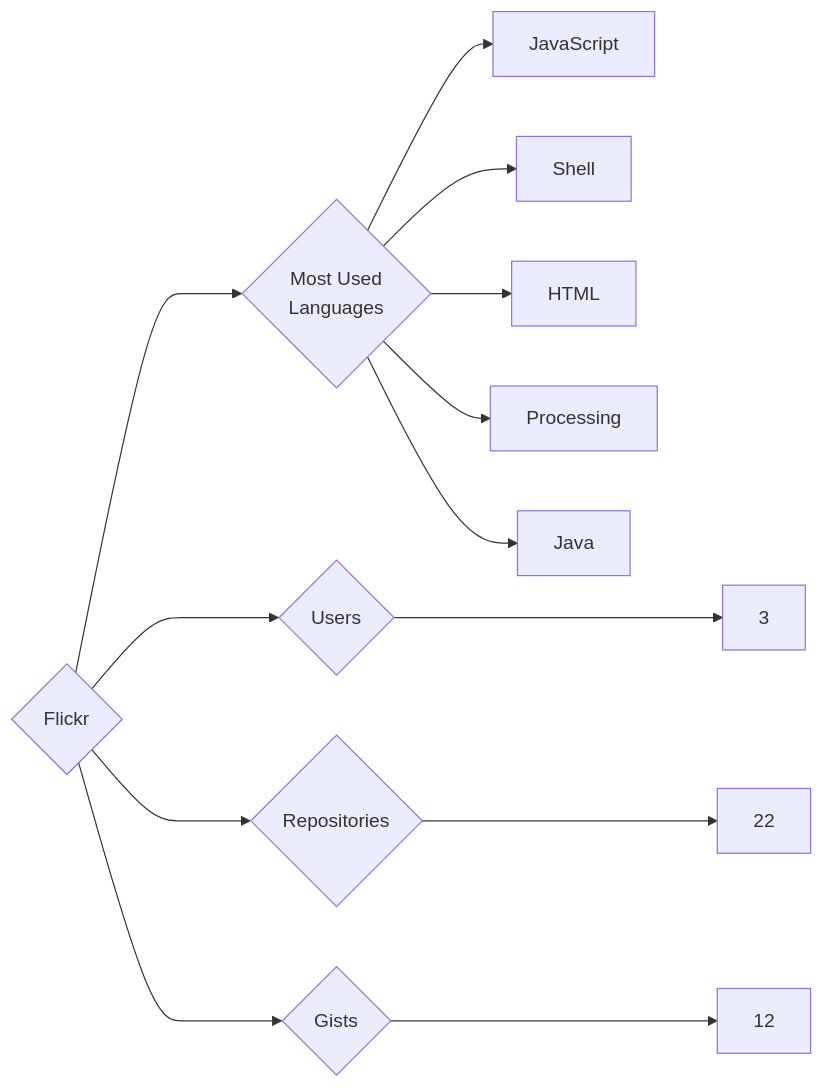
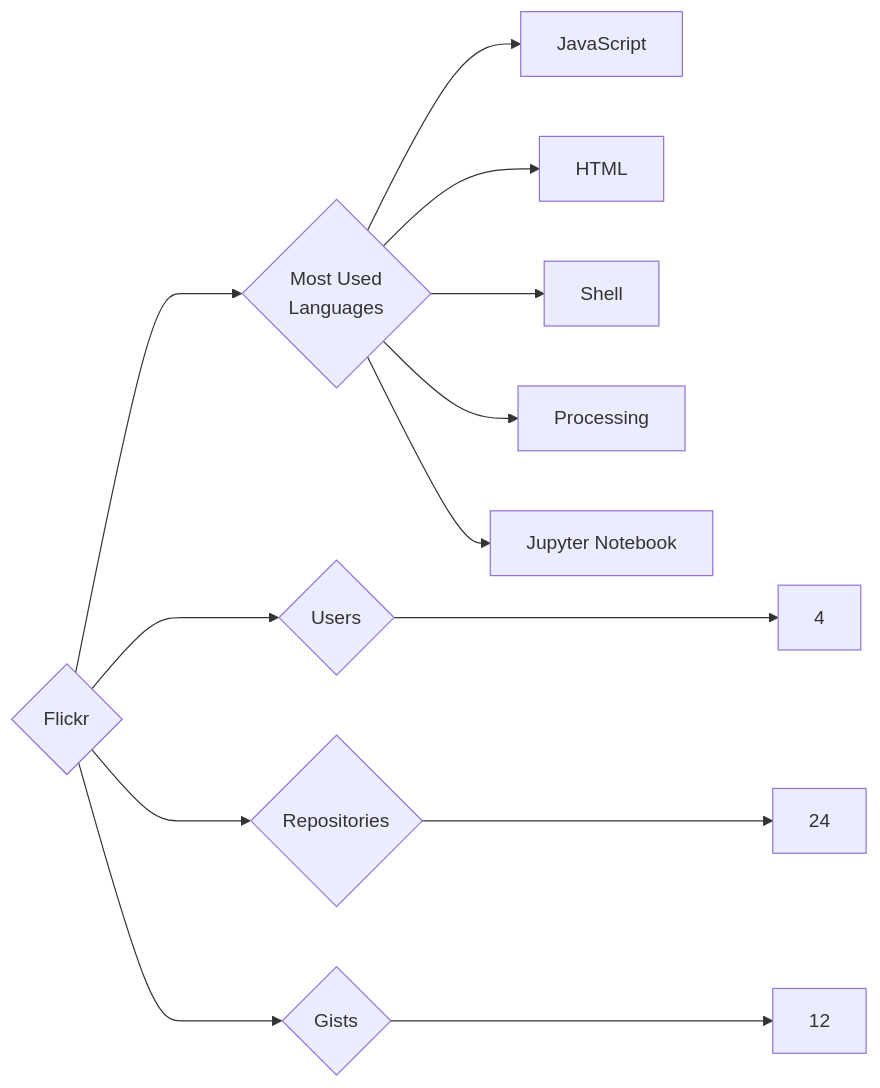
One commit to trickest/insiders changed the diagram in targets/Flickr/README.md. Above: the diagram before and after it, drawn with Mermaid. The commit also changed 988 other files, not shown here.

````diff
--- a/targets/Flickr/README.md
+++ b/targets/Flickr/README.md
@@ -3,13 +3,13 @@
 ```mermaid
 graph LR
 COMPANY_NAME{Flickr}
-COMPANY_NAME ---> U{Users} ---> UN[3]
-COMPANY_NAME ---> R{Repositories} ---> RN[22]
+COMPANY_NAME ---> U{Users} ---> UN[4]
+COMPANY_NAME ---> R{Repositories} ---> RN[24]
 COMPANY_NAME ---> G{Gists} ---> GN[12]
 COMPANY_NAME ---> ML{Most Used<br>Languages}
 ML --> JavaScript[JavaScript]
+ML --> HTML[HTML]
 ML --> Shell[Shell]
-ML --> HTML[HTML]
 ML --> Processing[Processing]
-ML --> Java[Java]
+ML --> Jupyter_Notebook[Jupyter Notebook]
 ```
````
